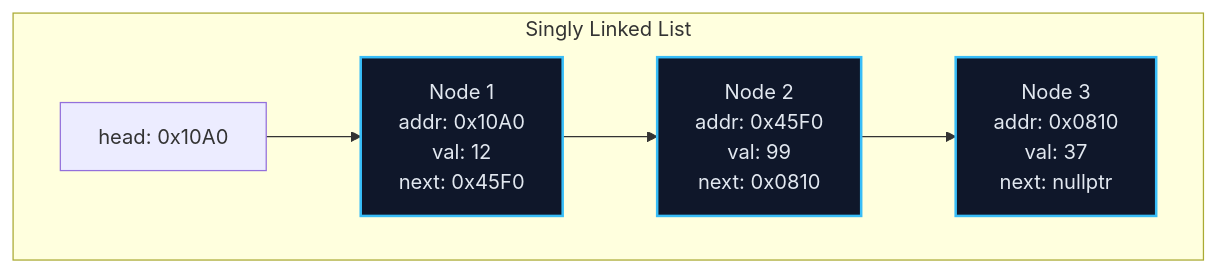
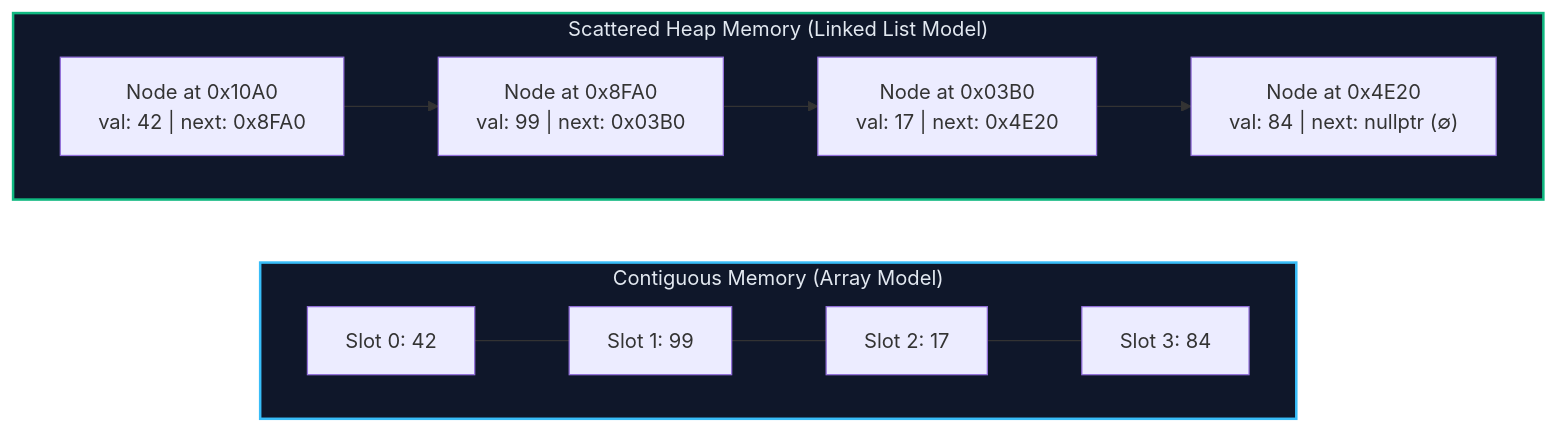
One commit to 1345AbhishekKumar/cs-cookbook changed the first of 11 diagrams in content/docs/dsa/01-foundations-and-linear-structures/04-linked-lists.mdx. Above: the diagram before and after it, drawn with Mermaid. The commit also changed other lines of this file and 211 other files, not shown here.

````diff
--- a/content/docs/dsa/01-foundations-and-linear-structures/04-linked-lists.mdx
+++ b/content/docs/dsa/01-foundations-and-linear-structures/04-linked-lists.mdx
@@ -19,13 +75,17 @@
 ```mermaid
 flowchart LR
-    subgraph SinglyLinkedList["Singly Linked List"]
+    subgraph Shelf["Contiguous Memory (Array Model)"]
         direction LR
-        Head["head: 0x10A0"] --> N1
-        N1["Node 1<br/>addr: 0x10A0<br/>val: 12<br/>next: 0x45F0"] --> N2["Node 2<br/>addr: 0x45F0<br/>val: 99<br/>next: 0x0810"]
-        N2 --> N3["Node 3<br/>addr: 0x0810<br/>val: 37<br/>next: nullptr"]
+        A0["Slot 0: 42"] --- A1["Slot 1: 99"] --- A2["Slot 2: 17"] --- A3["Slot 3: 84"]
     end
 
-    style N1 fill:#0f172a,stroke:#38bdf8,stroke-width:2px,color:#e2e8f0
-    style N2 fill:#0f172a,stroke:#38bdf8,stroke-width:2px,color:#e2e8f0
-    style N3 fill:#0f172a,stroke:#38bdf8,stroke-width:2px,color:#e2e8f0
+    subgraph Hunt["Scattered Heap Memory (Linked List Model)"]
+        direction LR
+        H0["Node at 0x10A0<br/>val: 42 | next: 0x8FA0"] --> H1["Node at 0x8FA0<br/>val: 99 | next: 0x03B0"]
+        H1 --> H2["Node at 0x03B0<br/>val: 17 | next: 0x4E20"]
+        H2 --> H3["Node at 0x4E20<br/>val: 84 | next: nullptr (∅)"]
+    end
+
+    style Shelf fill:#0f172a,stroke:#38bdf8,stroke-width:2px,color:#e2e8f0
+    style Hunt fill:#0f172a,stroke:#10b981,stroke-width:2px,color:#e2e8f0
 ```
````
